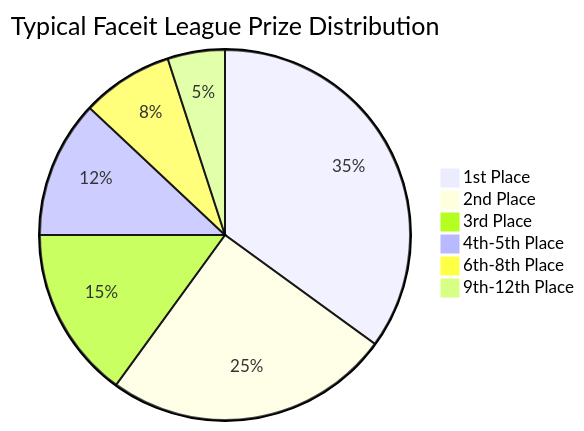
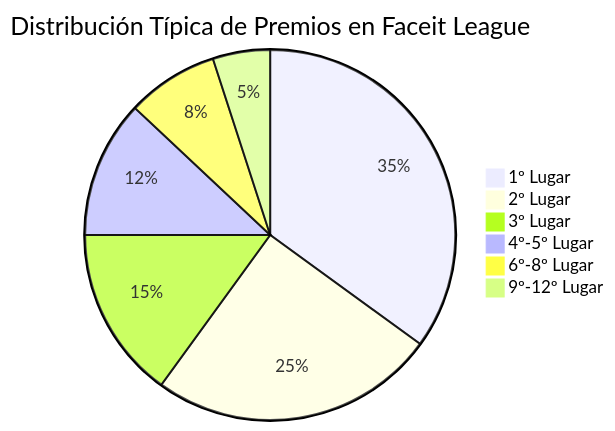
One commit to mchssj/v34frag changed the second of 2 diagrams in docs/faceit-seasons-diagram.md. Above: the diagram before and after it, drawn with Mermaid. The commit also changed other lines of this file, not shown here.

````diff
--- a/docs/faceit-seasons-diagram.md
+++ b/docs/faceit-seasons-diagram.md
@@ -20,10 +20,10 @@
 ```mermaid
 pie
-    title Typical Faceit League Prize Distribution
-    "1st Place" : 35
-    "2nd Place" : 25
-    "3rd Place" : 15
-    "4th-5th Place" : 12
-    "6th-8th Place" : 8
-    "9th-12th Place" : 5
+    title Distribución Típica de Premios en Faceit League
+    "1º Lugar" : 35
+    "2º Lugar" : 25
+    "3º Lugar" : 15
+    "4º-5º Lugar" : 12
+    "6º-8º Lugar" : 8
+    "9º-12º Lugar" : 5
 ```
````
